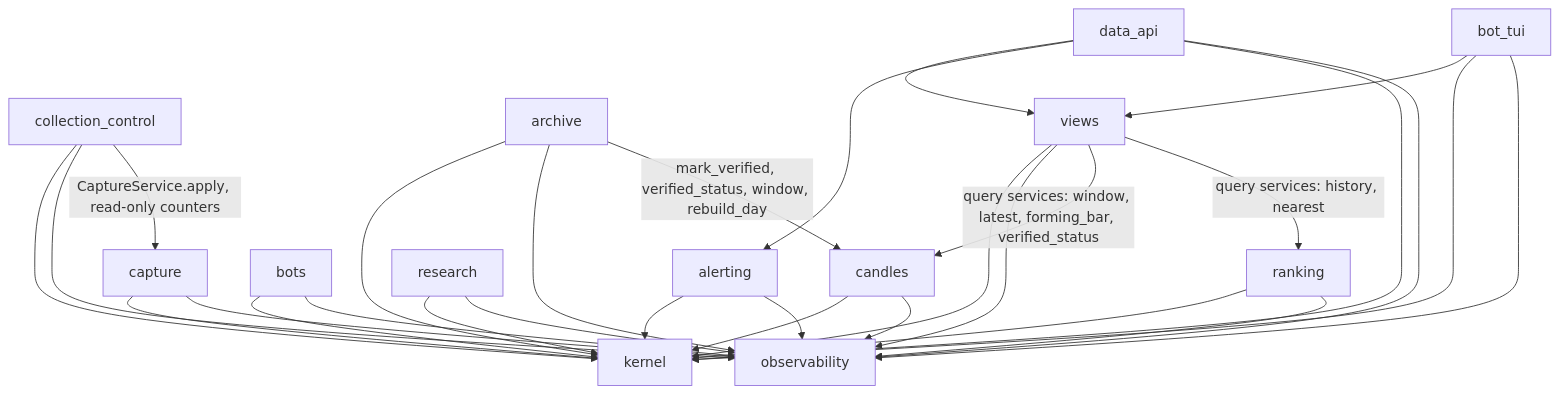
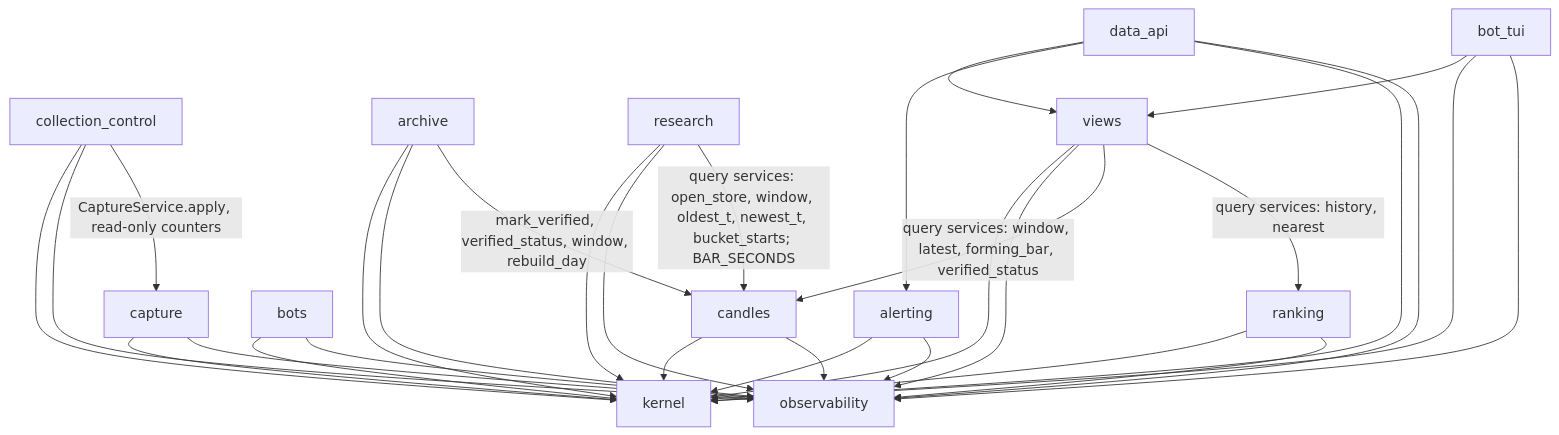
One commit to JeppeOEM/nautilus_trader_fork changed the second of 3 diagrams in _bmad-output/planning-artifacts/architecture/architecture-ddd-platform-2026-09-21/ARCHITECTURE-SPINE.md. Above: the diagram before and after it, drawn with Mermaid. The commit also changed other lines of this file and 37 other files, not shown here.

````diff
--- a/_bmad-output/planning-artifacts/architecture/architecture-ddd-platform-2026-09-21/ARCHITECTURE-SPINE.md
+++ b/_bmad-output/planning-artifacts/architecture/architecture-ddd-platform-2026-09-21/ARCHITECTURE-SPINE.md
@@ -169,34 +170,35 @@
 ```mermaid
 graph TD
     OBS[observability]
     K[kernel]
     CAP[capture] --> K
     CAP --> OBS
     CC[collection_control] --> K
     CC --> OBS
     CC -->|CaptureService.apply, read-only counters| CAP
     ARC[archive] --> K
     ARC --> OBS
     ARC -->|mark_verified, verified_status, window, rebuild_day| CAN[candles]
     CAN --> K
     CAN --> OBS
     RK[ranking] --> K
     RK --> OBS
     B[bots] --> K
     B --> OBS
     AL[alerting] --> K
     AL --> OBS
     RS[research] --> K
     RS --> OBS
+    RS -->|query services: open_store, window, oldest_t, newest_t, bucket_starts; BAR_SECONDS| CAN
     V[views] --> K
     V --> OBS
     V -->|query services: window, latest, forming_bar, verified_status| CAN
     V -->|query services: history, nearest| RK
     API[data_api] --> V
     API --> AL
     API --> K
     API --> OBS
     TUI[bot_tui] --> V
     TUI --> K
     TUI --> OBS
 ```
````
